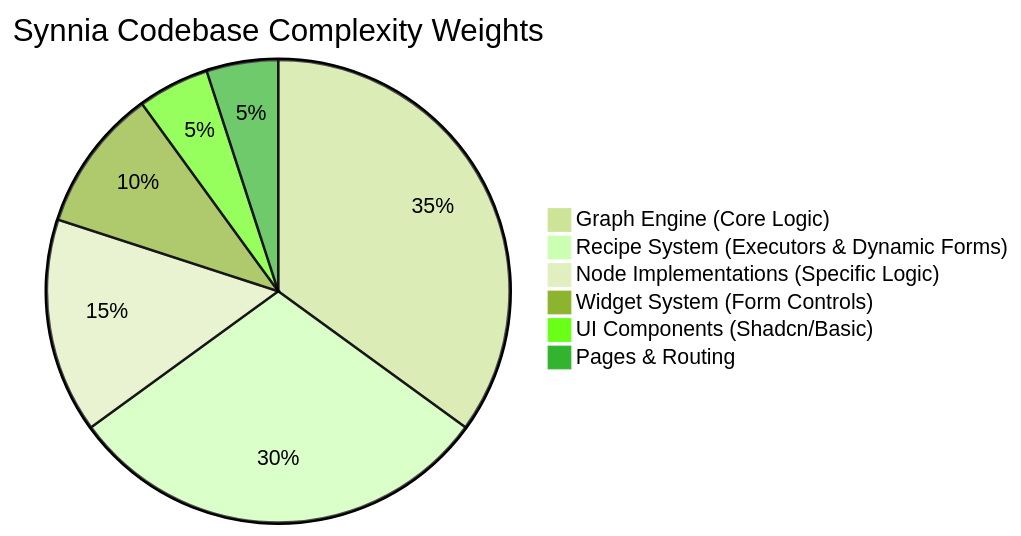
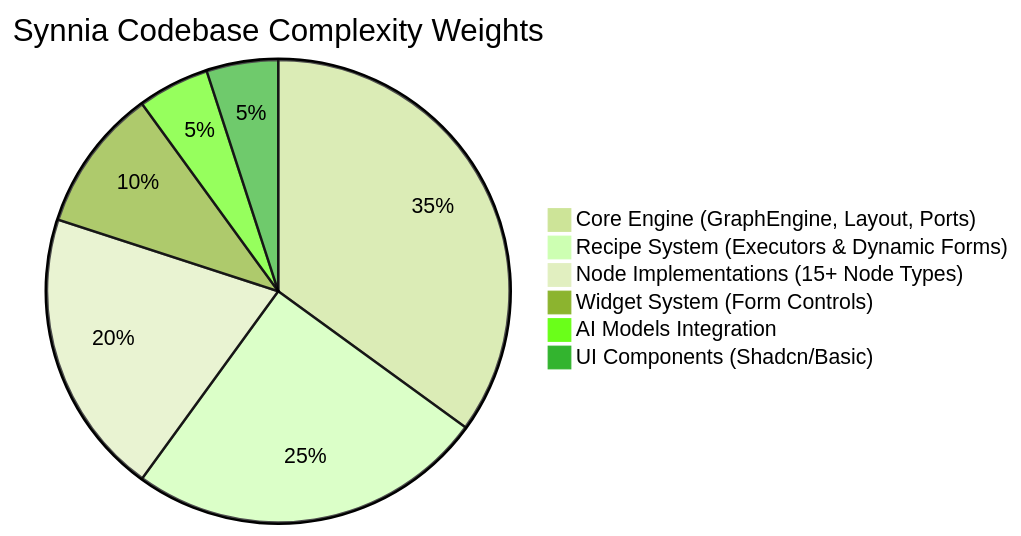
Before and after one commit to l1veIn/Synnia: the first of 4 diagrams in docs/complexity_diagrams.md, drawn with Mermaid (forest theme). The commit also changed other lines of this file and 18 other files, not shown here.

First line of the commit message:
docs: update architecture diagrams for new structure

````diff
--- a/docs/complexity_diagrams.md
+++ b/docs/complexity_diagrams.md
@@ -6,9 +6,9 @@
 ```mermaid
 pie title Synnia Codebase Complexity Weights
-    "Graph Engine (Core Logic)" : 35
-    "Recipe System (Executors & Dynamic Forms)" : 30
-    "Node Implementations (Specific Logic)" : 15
+    "Core Engine (GraphEngine, Layout, Ports)" : 35
+    "Recipe System (Executors & Dynamic Forms)" : 25
+    "Node Implementations (15+ Node Types)" : 20
     "Widget System (Form Controls)" : 10
+    "AI Models Integration" : 5
     "UI Components (Shadcn/Basic)" : 5
-    "Pages & Routing" : 5
 ```
````
